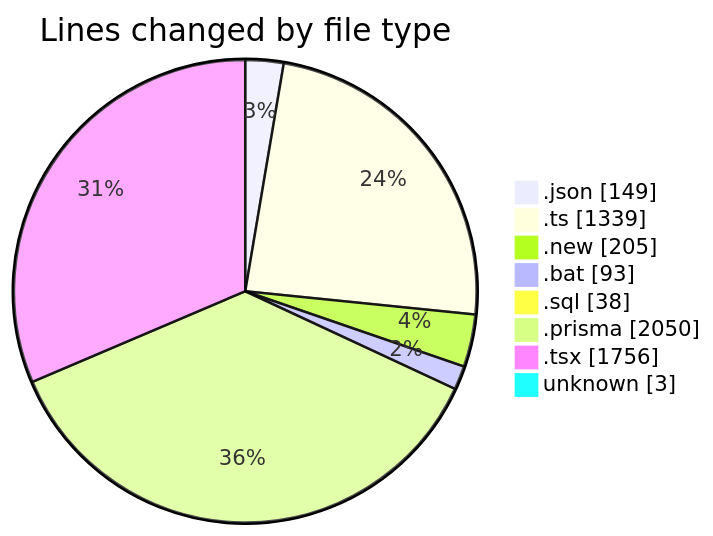
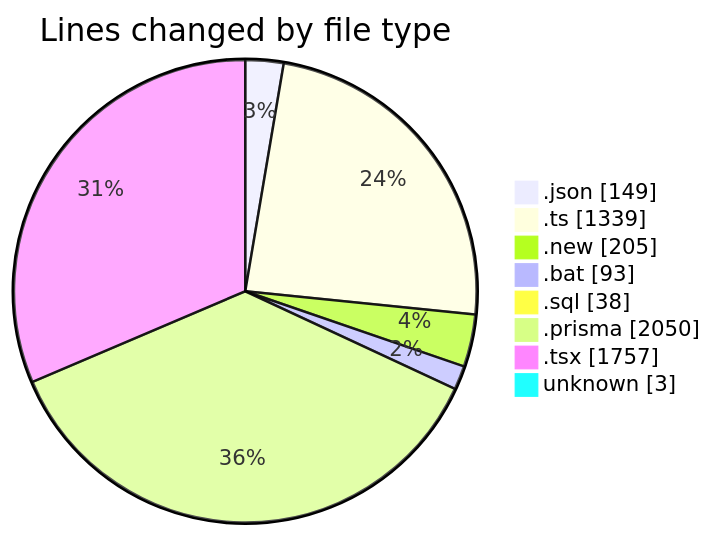
One commit to CELIANVF/code-tracking changed the first of 2 diagrams in 2025-05-20/ecodeli-1/README.md. Above: the diagram before and after it, drawn with Mermaid. The commit also changed other lines of this file and 1 other file, not shown here.

````diff
--- a/2025-05-20/ecodeli-1/README.md
+++ b/2025-05-20/ecodeli-1/README.md
@@ -42,12 +42,12 @@
 ```mermaid
 pie showData
 title Lines changed by file type
 ".json" : 149
 ".ts" : 1339
 ".new" : 205
 ".bat" : 93
 ".sql" : 38
 ".prisma" : 2050
-".tsx" : 1756
+".tsx" : 1757
 "unknown" : 3
 ```
````
